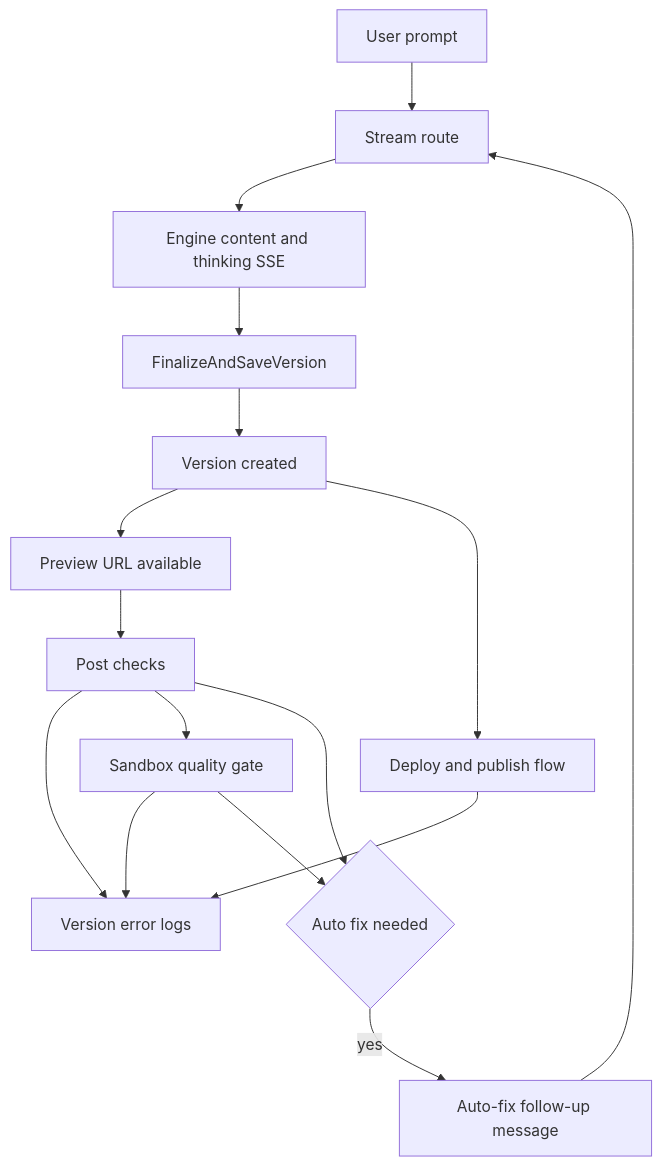
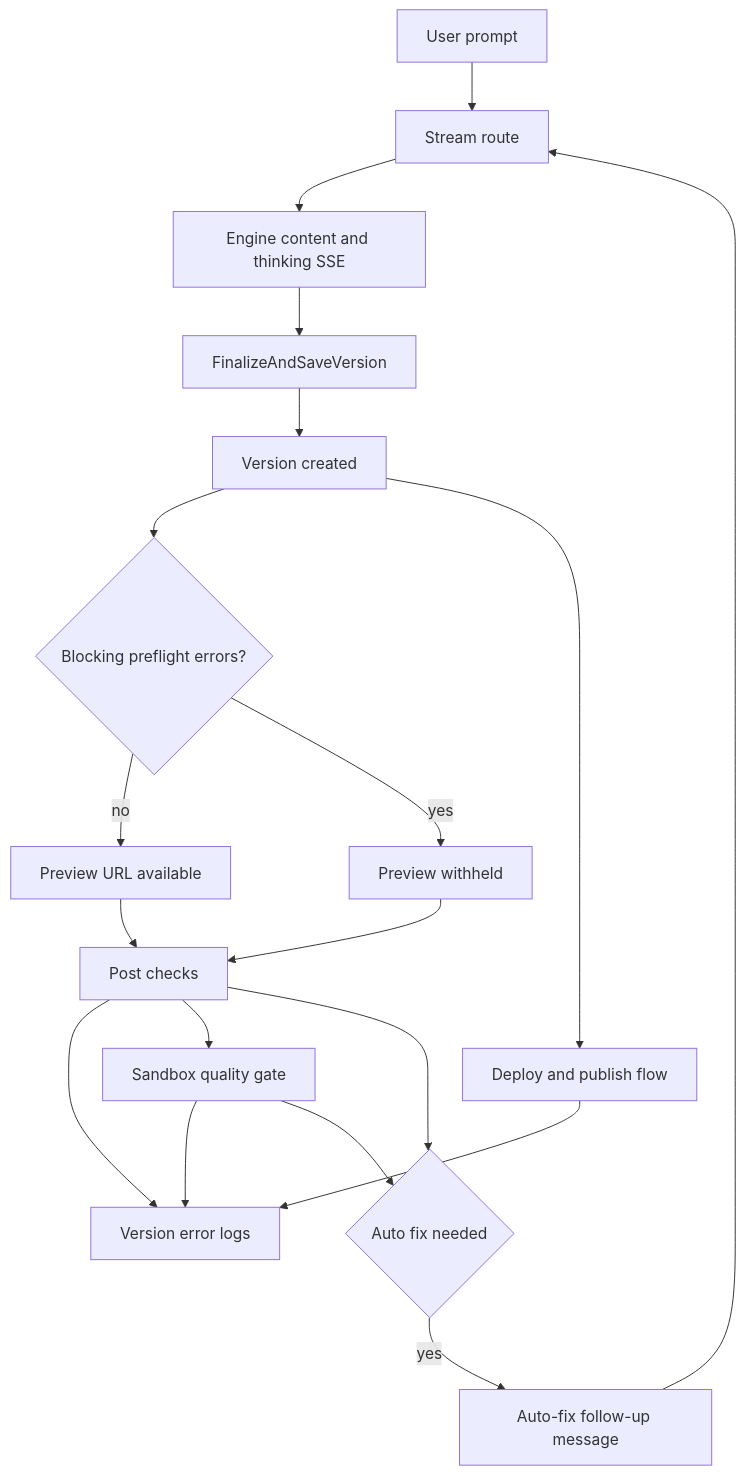
Before and after one commit to Jakeminator123/sajtmaskin: the diagram in docs/architecture/generation-loop-and-error-memory.md, drawn with Mermaid. The commit also changed other lines of this file and 4 other files, not shown here.

````diff
--- a/docs/architecture/generation-loop-and-error-memory.md
+++ b/docs/architecture/generation-loop-and-error-memory.md
@@ -27,18 +27,21 @@
 ```mermaid
 flowchart TD
   userPrompt[User prompt] --> streamRoute[Stream route]
   streamRoute --> engineStream[Engine content and thinking SSE]
   engineStream --> finalizeVersion[FinalizeAndSaveVersion]
   finalizeVersion --> versionCreated[Version created]
-  versionCreated --> previewReady[Preview URL available]
+  versionCreated --> previewGate{Blocking preflight errors?}
+  previewGate -->|no| previewReady[Preview URL available]
+  previewGate -->|yes| previewBlocked[Preview withheld]
   previewReady --> postChecks[Post checks]
+  previewBlocked --> postChecks
   postChecks --> errorLogs[Version error logs]
   postChecks --> qualityGate[Sandbox quality gate]
   qualityGate --> errorLogs
   postChecks --> autoFix{Auto fix needed}
   qualityGate --> autoFix
   autoFix -->|yes| autoFixMessage[Auto-fix follow-up message]
   autoFixMessage --> streamRoute
   versionCreated --> deployFlow[Deploy and publish flow]
   deployFlow --> errorLogs
 ```
````
